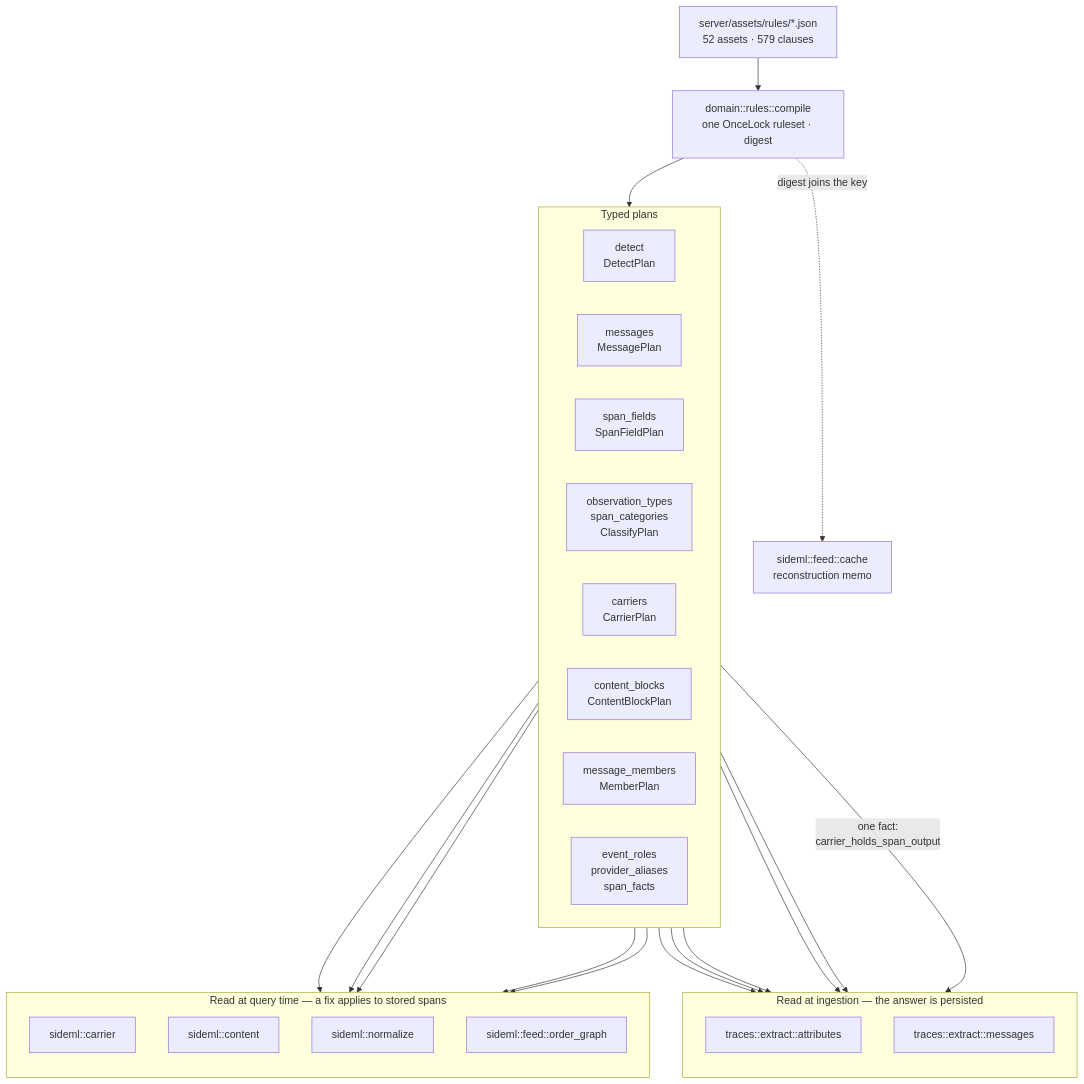
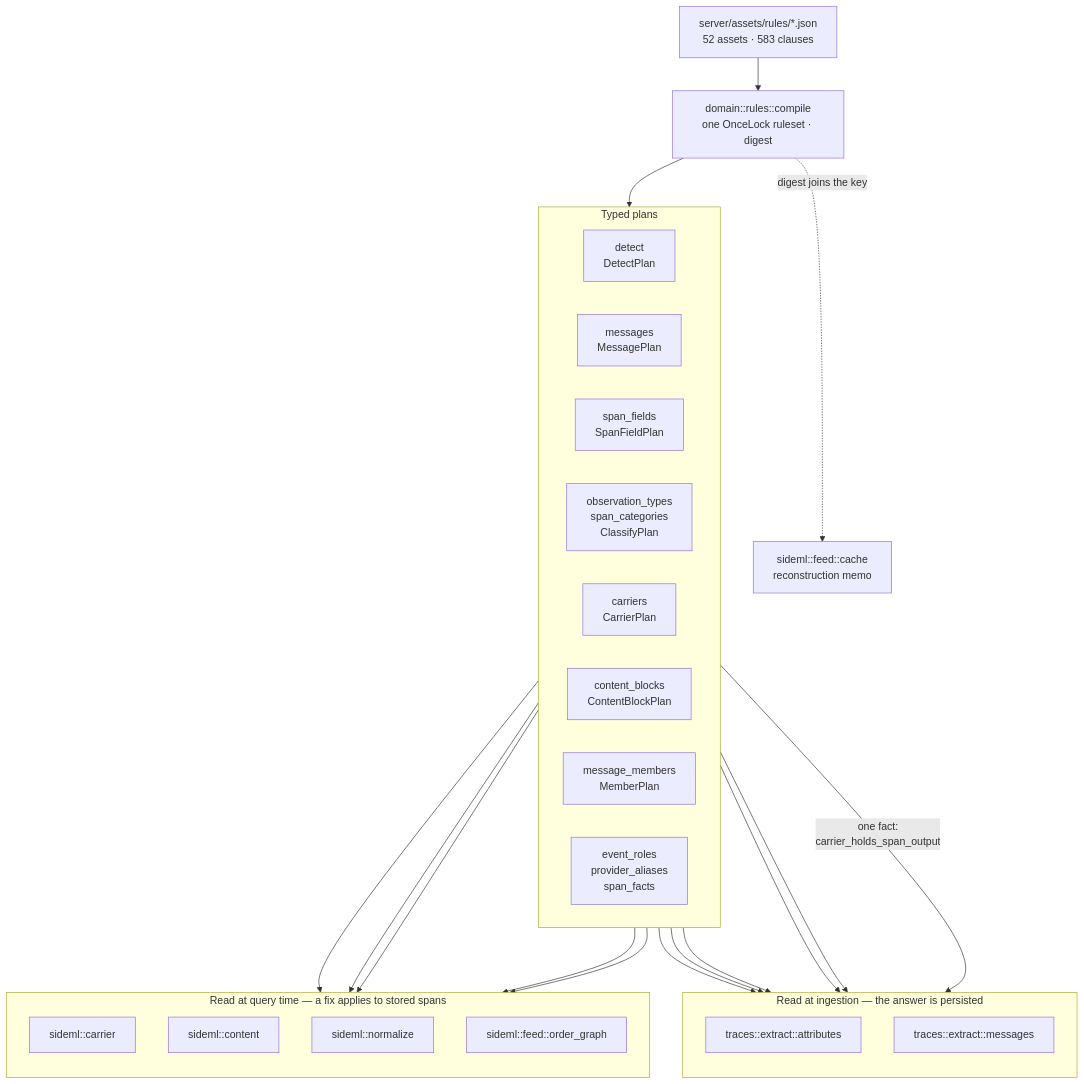
One commit to sideseat/sideseat changed the first of 7 diagrams in docs/engineering/architecture-diagrams.md. Above: the diagram before and after it, drawn with Mermaid. The commit also changed 60 other files, not shown here.

````diff
--- a/docs/engineering/architecture-diagrams.md
+++ b/docs/engineering/architecture-diagrams.md
@@ -18,47 +18,47 @@
 ```mermaid
 flowchart TB
-    assets["server/assets/rules/*.json<br/>52 assets · 579 clauses"]
+    assets["server/assets/rules/*.json<br/>52 assets · 583 clauses"]
     compile["domain::rules::compile<br/>one OnceLock ruleset · digest"]
     assets --> compile
 
     subgraph plans["Typed plans"]
         direction LR
         detect["detect<br/>DetectPlan"]
         messages["messages<br/>MessagePlan"]
         fields["span_fields<br/>SpanFieldPlan"]
         classify["observation_types<br/>span_categories<br/>ClassifyPlan"]
         carriers["carriers<br/>CarrierPlan"]
         blocks["content_blocks<br/>ContentBlockPlan"]
         members["message_members<br/>MemberPlan"]
         roles["event_roles<br/>provider_aliases<br/>span_facts"]
     end
     compile --> plans
 
     subgraph ingest["Read at ingestion — the answer is persisted"]
         direction TB
         attrs["traces::extract::attributes"]
         msgs["traces::extract::messages"]
     end
 
     subgraph query["Read at query time — a fix applies to stored spans"]
         direction TB
         carrier["sideml::carrier"]
         content["sideml::content"]
         normalize["sideml::normalize"]
         order["sideml::feed::order_graph"]
     end
 
     detect --> attrs
     fields --> attrs
     classify --> attrs
     roles --> attrs
     messages --> msgs
     carriers -->|"one fact:<br/>carrier_holds_span_output"| msgs
     carriers --> carrier
     carriers --> order
     blocks --> content
     members --> content
     roles --> normalize
 
     compile -. "digest joins the key" .-> cache["sideml::feed::cache<br/>reconstruction memo"]
 ```
````
